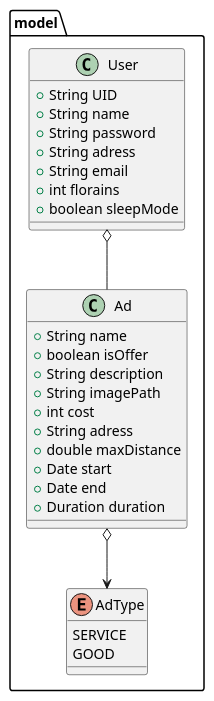
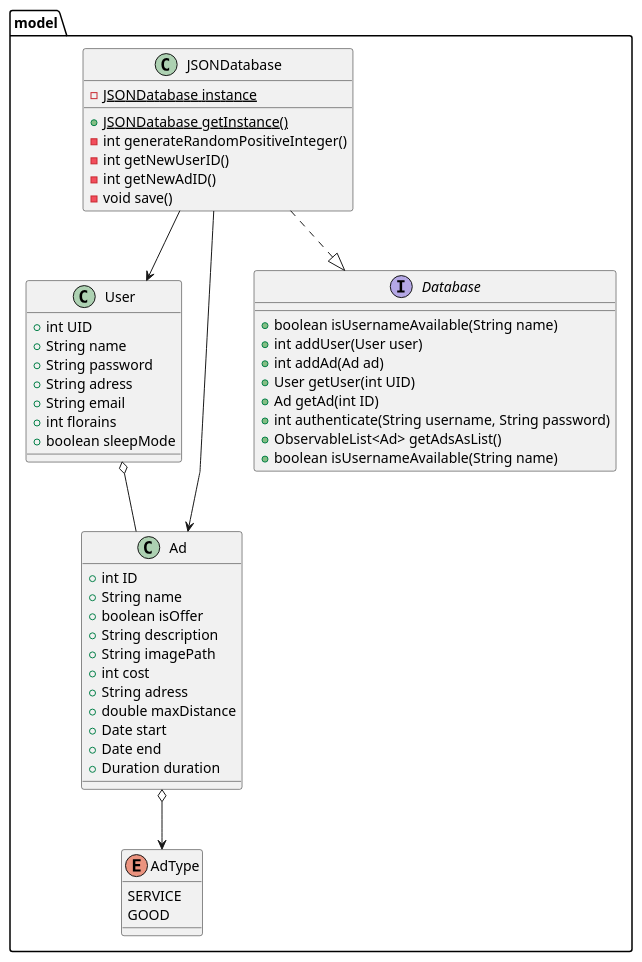
One commit to Nic0Fernandez/Direct_Dealing changed the diagram in diagrams/class.puml. Above: the diagram before and after it, drawn with PlantUML. The commit also changed 5 other files, not shown here.

Commit message:
ajout interface Database

```diff
--- a/diagrams/class.puml
+++ b/diagrams/class.puml
@@ -1,37 +1,63 @@
 @startuml "class" 
 
 skinparam linetype polyline
 package model {
   class User {
-    + String UID
+    + int UID
     + String name
     + String password
     + String adress
     + String email
     + int florains
     + boolean sleepMode
   }
 
   User o-- Ad
 
   Enum AdType {
     SERVICE
     GOOD
   }
 
   class Ad {
+    + int ID
     + String name
     + boolean isOffer
     + String description
     + String imagePath
     + int cost
     + String adress
     + double maxDistance
     + Date start
     + Date end
     + Duration duration
   }
   Ad o--> AdType
+
+  interface Database {
+    + boolean isUsernameAvailable(String name)
+    + int addUser(User user)
+    + int addAd(Ad ad)
+    + User getUser(int UID)
+    + Ad getAd(int ID)
+    + int authenticate(String username, String password)
+    + ObservableList<Ad> getAdsAsList()
+    + boolean isUsernameAvailable(String name)
+  }
+
+  class JSONDatabase {
+    - {static} JSONDatabase instance
+    + {static} JSONDatabase getInstance()
+    - int generateRandomPositiveInteger()
+    - int getNewUserID()
+    - int getNewAdID()
+    - void save()
+  }
+  JSONDatabase ..|> Database
+  JSONDatabase --> User
+  JSONDatabase --> Ad
+
+
 }
 
 @enduml
```
